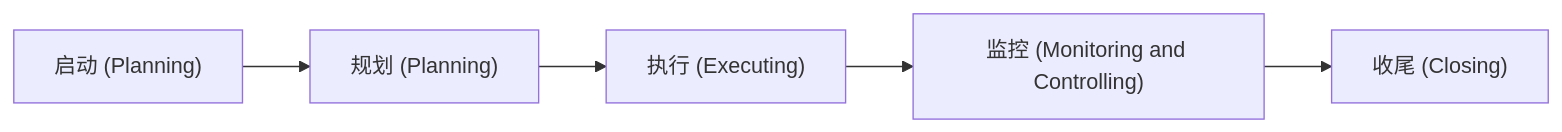
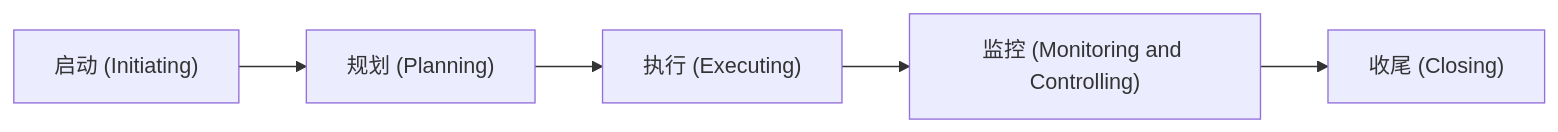
One commit to shaozelian/shaozelian.github.io changed the diagram in _posts/2025-06-01-PMP.md. Above: the diagram before and after it, drawn with Mermaid. The commit also changed other lines of this file and 3 other files, not shown here.

````diff
--- a/_posts/2025-06-01-PMP.md
+++ b/_posts/2025-06-01-PMP.md
@@ -17,15 +19,15 @@
 ```mermaid
 %%{init: {"flowchart": {"htmlLabels": false}} }%%
 flowchart LR
-    Initiating["`启动 (Planning)`"]
+    Initiating["`启动 (Initiating)`"]
     Planning["`规划 (Planning)`"]
     Executing["`执行 (Executing)`"]
     Monitoring["`监控 (Monitoring and Controlling)`"]
     Closing["`收尾 (Closing)`"]
 
     Initiating --> Planning
     Planning --> Executing
     Executing --> Monitoring
     Monitoring --> Closing
 
 ```
````
